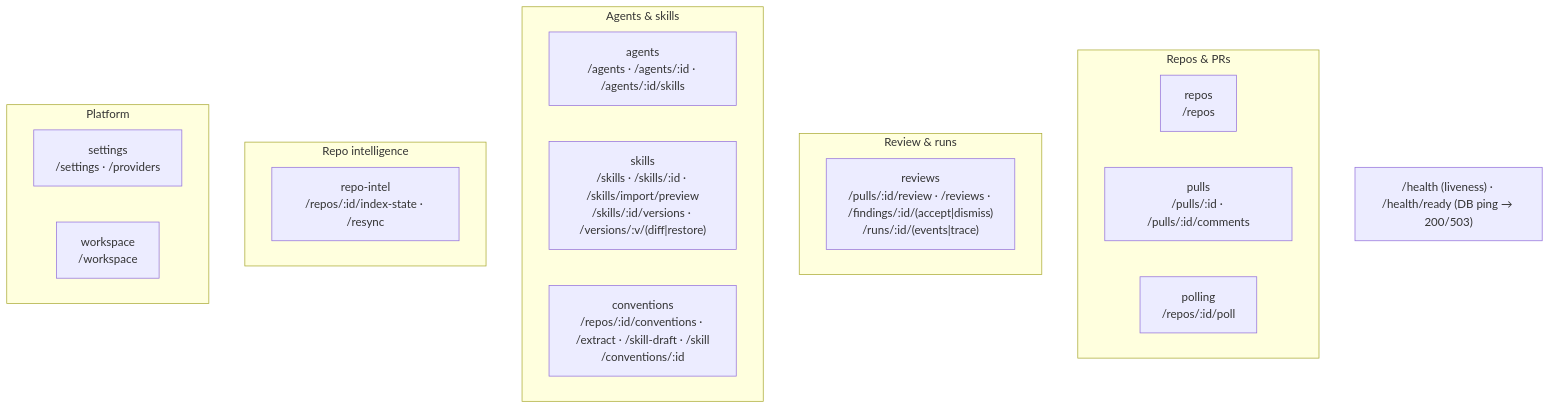
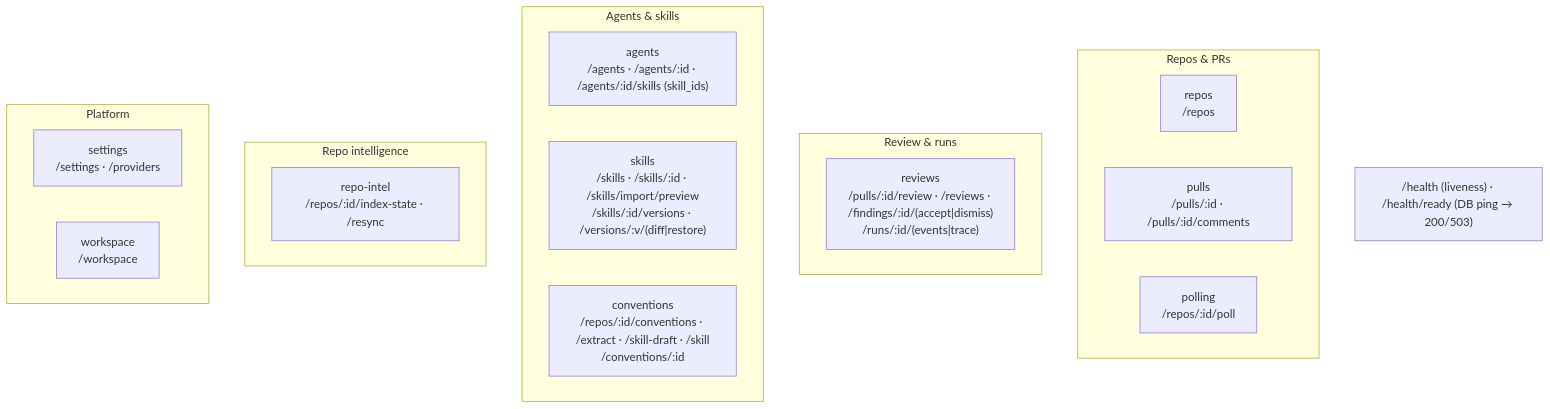
One commit to ai-agentic-engineering-neo/dev-digest changed the second of 2 diagrams in server/README.md. Above: the diagram before and after it, drawn with Mermaid. The commit also changed 4 other files, not shown here.

````diff
--- a/server/README.md
+++ b/server/README.md
@@ -64,24 +64,24 @@
 ```mermaid
 flowchart TB
   subgraph Repos_PRs["Repos & PRs"]
     repos["repos<br/>/repos"]
     pulls["pulls<br/>/pulls/:id · /pulls/:id/comments"]
     polling["polling<br/>/repos/:id/poll"]
   end
   subgraph Review["Review & runs"]
     reviews["reviews<br/>/pulls/:id/review · /reviews · /findings/:id/(accept|dismiss)<br/>/runs/:id/(events|trace)"]
   end
   subgraph Agents["Agents & skills"]
-    agents["agents<br/>/agents · /agents/:id · /agents/:id/skills"]
+    agents["agents<br/>/agents · /agents/:id · /agents/:id/skills (skill_ids)"]
     skills["skills<br/>/skills · /skills/:id · /skills/import/preview<br/>/skills/:id/versions · /versions/:v/(diff|restore)"]
     conventions["conventions<br/>/repos/:id/conventions · /extract · /skill-draft · /skill<br/>/conventions/:id"]
   end
   subgraph Intel["Repo intelligence"]
     repoIntel["repo-intel<br/>/repos/:id/index-state · /resync"]
   end
   subgraph Platform["Platform"]
     settings["settings<br/>/settings · /providers"]
     workspace["workspace<br/>/workspace"]
   end
   HEALTH["/health (liveness) · /health/ready (DB ping → 200/503)"]
 ```
````
